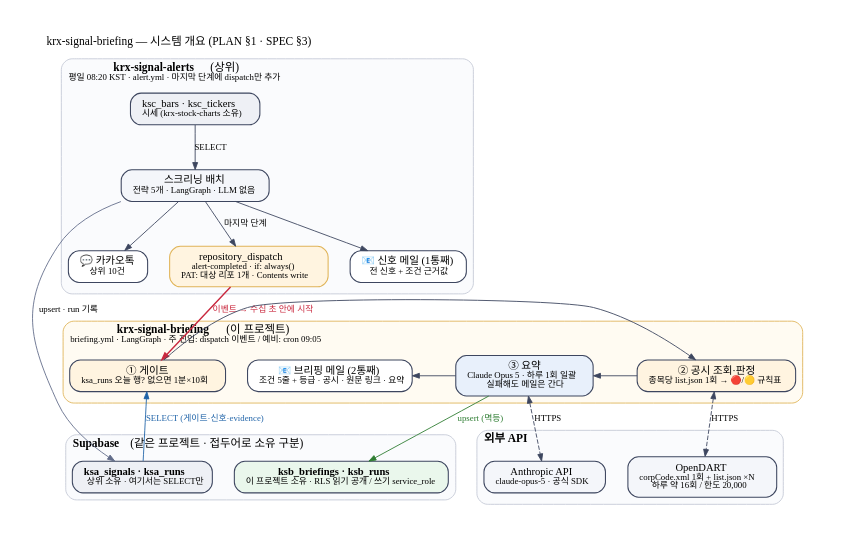
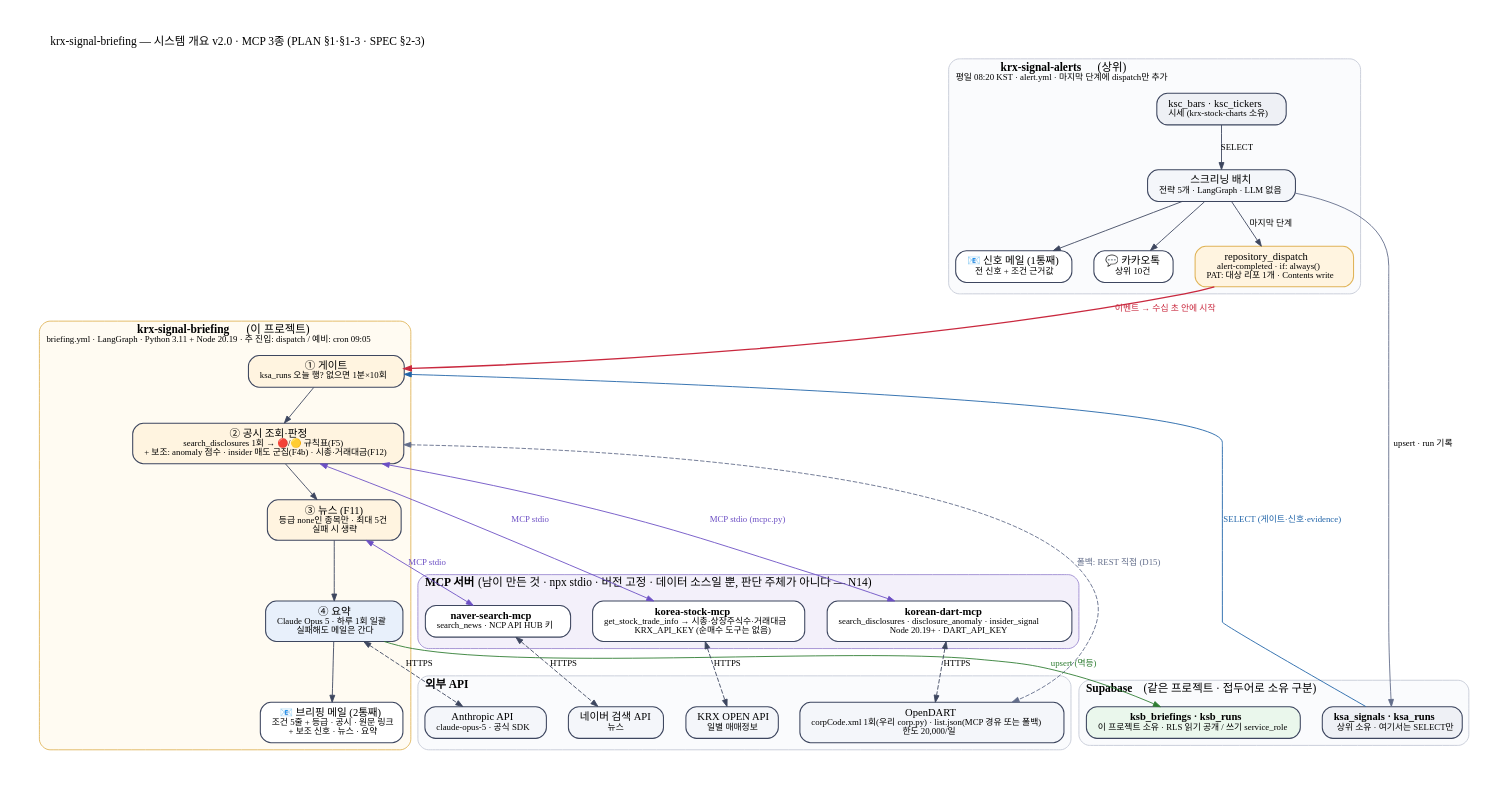
The diagram in docs/diagrams/arch.dot (daehyub71/krx-signal-briefing), drawn with Graphviz before and after one commit. The commit also changed 30 other files, not shown here.

First line of the commit message:
feat: M1 DART layer — corp/dart/flags TDD, real-sample rule table, dry run; SPEC v2.0 MCP draft

```diff
--- a/docs/diagrams/arch.dot
+++ b/docs/diagrams/arch.dot
@@ -1,50 +1,67 @@
 digraph arch {
   graph [fontname="Apple SD Gothic Neo", fontsize=13, rankdir=TB, nodesep=0.35, ranksep=0.55, pad=0.4, bgcolor="white", compound=true,
-         label="krx-signal-briefing — 시스템 개요 (PLAN §1 · SPEC §3)", labelloc=t, labeljust=l];
+         label="krx-signal-briefing — 시스템 개요 v2.0 · MCP 3종 (PLAN §1·§1-3 · SPEC §2-3)", labelloc=t, labeljust=l];
   node  [fontname="Apple SD Gothic Neo", fontsize=12, shape=box, style="rounded,filled", fillcolor="#F4F6FA", color="#3D465F", penwidth=1.2, margin="0.18,0.1"];
   edge  [fontname="Apple SD Gothic Neo", fontsize=10, color="#3D465F", arrowsize=0.8];
 
   subgraph cluster_up {
     label=<<b>krx-signal-alerts</b>  (상위)<br/><font point-size="10">평일 08:20 KST · alert.yml · 마지막 단계에 dispatch만 추가</font>>; style="rounded,filled"; fillcolor="#FAFBFD"; color="#C5CAD6";
     ksc   [label=<ksc_bars · ksc_tickers<br/><font point-size="10">시세 (krx-stock-charts 소유)</font>>, fillcolor="#EEF0F5"];
     alert [label=<스크리닝 배치<br/><font point-size="10">전략 5개 · LangGraph · LLM 없음</font>>];
     mail1 [label=<📧 신호 메일 (1통째)<br/><font point-size="10">전 신호 + 조건 근거값</font>>, fillcolor="#FFFFFF"];
     kakao [label=<💬 카카오톡<br/><font point-size="10">상위 10건</font>>, fillcolor="#FFFFFF"];
     ksc -> alert [label=" SELECT"];
     dispatch [label=<repository_dispatch<br/><font point-size="10">alert-completed · if: always()<br/>PAT: 대상 리포 1개 · Contents write</font>>, fillcolor="#FFF4E0", color="#E0B458"];
     alert -> mail1; alert -> kakao; alert -> dispatch [label=" 마지막 단계"];
   }
 
   subgraph cluster_db {
     label=<<b>Supabase</b>  (같은 프로젝트 · 접두어로 소유 구분)>; style="rounded,filled"; fillcolor="#FAFBFD"; color="#C5CAD6";
     ksa [label=<<b>ksa_signals · ksa_runs</b><br/><font point-size="10">상위 소유 · 여기서는 SELECT만</font>>, fillcolor="#EEF0F5"];
     { rank=same; ksa; ksb; }
     ksb [label=<<b>ksb_briefings · ksb_runs</b><br/><font point-size="10">이 프로젝트 소유 · RLS 읽기 공개 / 쓰기 service_role</font>>, fillcolor="#EAF7EC"];
   }
 
   subgraph cluster_me {
-    label=<<b>krx-signal-briefing</b>  (이 프로젝트)<br/><font point-size="10">briefing.yml · LangGraph · 주 진입: dispatch 이벤트 / 예비: cron 09:05</font>>; style="rounded,filled"; fillcolor="#FFFBF2"; color="#E0B458";
+    label=<<b>krx-signal-briefing</b>  (이 프로젝트)<br/><font point-size="10">briefing.yml · LangGraph · Python 3.11 + Node 20.19 · 주 진입: dispatch / 예비: cron 09:05</font>>; style="rounded,filled"; fillcolor="#FFFBF2"; color="#E0B458";
     gate  [label=<① 게이트<br/><font point-size="10">ksa_runs 오늘 행? 없으면 1분×10회</font>>, fillcolor="#FFF4E0"];
-    fetch [label=<② 공시 조회·판정<br/><font point-size="10">종목당 list.json 1회 → 🔴/🟡 규칙표</font>>, fillcolor="#FFF4E0"];
-    summ  [label=<③ 요약<br/><font point-size="10">Claude Opus 5 · 하루 1회 일괄<br/>실패해도 메일은 간다</font>>, fillcolor="#E8F0FB"];
-    mail2 [label=<📧 브리핑 메일 (2통째)<br/><font point-size="10">조건 5줄 + 등급 · 공시 · 원문 링크 · 요약</font>>, fillcolor="#FFFFFF"];
-    gate -> fetch -> summ -> mail2;
-    { rank=same; gate; fetch; summ; mail2; }
+    fetch [label=<② 공시 조회·판정<br/><font point-size="10">search_disclosures 1회 → 🔴/🟡 규칙표(F5)<br/>+ 보조: anomaly 점수 · insider 매도 군집(F4b) · 시총·거래대금(F12)</font>>, fillcolor="#FFF4E0"];
+    news  [label=<③ 뉴스 (F11)<br/><font point-size="10">등급 none인 종목만 · 최대 5건<br/>실패 시 생략</font>>, fillcolor="#FFF4E0"];
+    summ  [label=<④ 요약<br/><font point-size="10">Claude Opus 5 · 하루 1회 일괄<br/>실패해도 메일은 간다</font>>, fillcolor="#E8F0FB"];
+    mail2 [label=<📧 브리핑 메일 (2통째)<br/><font point-size="10">조건 5줄 + 등급 · 공시 · 원문 링크<br/>+ 보조 신호 · 뉴스 · 요약</font>>, fillcolor="#FFFFFF"];
+    gate -> fetch -> news -> summ -> mail2;
+    // 상자 안은 위→아래 흐름 (rank=same 제거)
+  }
+
+  subgraph cluster_mcp {
+    label=<<b>MCP 서버</b>  (남이 만든 것 · npx stdio · 버전 고정 · 데이터 소스일 뿐, 판단 주체가 아니다 — N14)>; style="rounded,filled"; fillcolor="#F3F0FA"; color="#9C8AD1";
+    kdart [label=<<b>korean-dart-mcp</b><br/><font point-size="10">search_disclosures · disclosure_anomaly · insider_signal<br/>Node 20.19+ · DART_API_KEY</font>>, fillcolor="#FFFFFF"];
+    knav  [label=<<b>naver-search-mcp</b><br/><font point-size="10">search_news · NCP API HUB 키</font>>, fillcolor="#FFFFFF"];
+    kstk  [label=<<b>korea-stock-mcp</b><br/><font point-size="10">get_stock_trade_info → 시총·상장주식수·거래대금<br/>KRX_API_KEY (순매수 도구는 없음)</font>>, fillcolor="#FFFFFF"];
+    { rank=same; kdart; knav; kstk; }
   }
 
   subgraph cluster_ext {
     label=<<b>외부 API</b>>; style="rounded,filled"; fillcolor="#FAFBFD"; color="#C5CAD6";
-    dart [label=<OpenDART<br/><font point-size="10">corpCode.xml 1회 + list.json ×N<br/>하루 약 16회 / 한도 20,000</font>>];
-    { rank=same; dart; claude; }
+    dart [label=<OpenDART<br/><font point-size="10">corpCode.xml 1회(우리 corp.py) · list.json(MCP 경유 또는 폴백)<br/>한도 20,000/일</font>>];
+    naver [label=<네이버 검색 API<br/><font point-size="10">뉴스</font>>];
+    krx   [label=<KRX OPEN API<br/><font point-size="10">일별 매매정보</font>>];
     claude [label=<Anthropic API<br/><font point-size="10">claude-opus-5 · 공식 SDK</font>>];
+    { rank=same; dart; naver; krx; claude; }
   }
 
   alert -> ksa [label=" upsert · run 기록", color="#626D8A"];
   ksa -> gate  [label=" SELECT (게이트·신호·evidence)", color="#1F63A8", fontcolor="#1F63A8"];
   dispatch -> gate [label=" 이벤트 → 수십 초 안에 시작", color="#C9283E", fontcolor="#C9283E", penwidth=1.6];
-  fetch -> dart [dir=both, label=" HTTPS", style=dashed];
-  summ -> claude [dir=both, label=" HTTPS", style=dashed];
+  fetch -> kdart [dir=both, label=" MCP stdio (mcpc.py)", color="#6C4FC4", fontcolor="#6C4FC4"];
+  fetch -> dart  [dir=both, label=" 폴백: REST 직접 (D15)", style=dashed, color="#626D8A", fontcolor="#626D8A"];
+  news  -> knav  [dir=both, label=" MCP stdio", color="#6C4FC4", fontcolor="#6C4FC4"];
+  kdart -> dart  [dir=both, label=" HTTPS", style=dashed];
+  knav  -> naver [dir=both, label=" HTTPS", style=dashed];
+  fetch -> kstk  [dir=both, label=" MCP stdio", color="#6C4FC4", fontcolor="#6C4FC4"];
+  kstk  -> krx   [dir=both, label=" HTTPS", style=dashed];
+  summ  -> claude [dir=both, label=" HTTPS", style=dashed];
   summ -> ksb  [label=" upsert (멱등)", color="#2E7D32", fontcolor="#2E7D32"];
   mail2 -> ksb [style=invis];
 
 }
```
